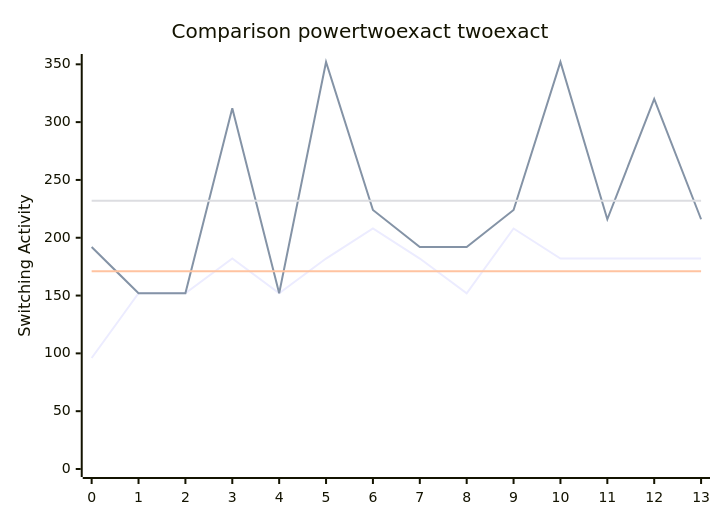
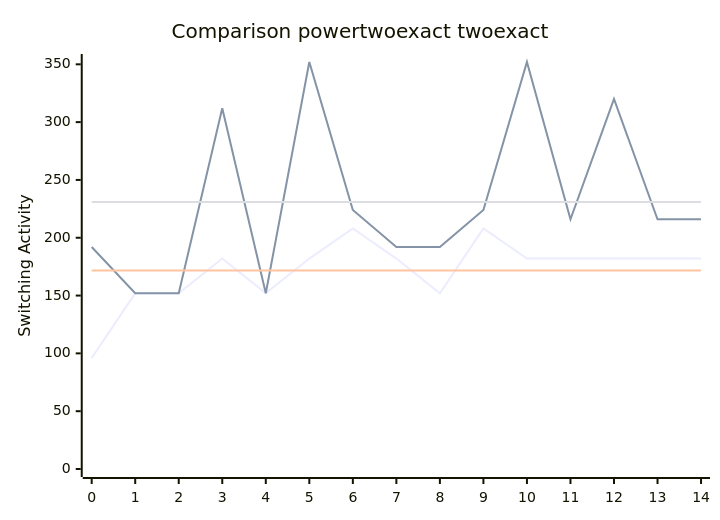
One commit to FeldmeierMichael/Exact-Power-Synthesis changed the diagram in benchmark.md. Above: the diagram before and after it, drawn with Mermaid. The commit also changed other lines of this file and 2 other files, not shown here.

````diff
--- a/benchmark.md
+++ b/benchmark.md
@@ -31,10 +33,10 @@
 ```mermaid
 xychart-beta
     title "Comparison powertwoexact twoexact"
-    x-axis [0, 1, 2, 3, 4, 5, 6, 7, 8, 9, 10, 11, 12, 13]
+    x-axis [0, 1, 2, 3, 4, 5, 6, 7, 8, 9, 10, 11, 12, 13, 14]
     y-axis "Switching Activity" 0-->352
-    line [96, 152, 152, 182, 152, 182, 208, 182, 152, 208, 182, 182, 182, 182]
-    line [192, 152, 152, 312, 152, 352, 224, 192, 192, 224, 352, 216, 320, 216]
-    line [171.0, 171.0, 171.0, 171.0, 171.0, 171.0, 171.0, 171.0, 171.0, 171.0, 171.0, 171.0, 171.0, 171.0]
-    line [232.0, 232.0, 232.0, 232.0, 232.0, 232.0, 232.0, 232.0, 232.0, 232.0, 232.0, 232.0, 232.0, 232.0]
+    line [96, 152, 152, 182, 152, 182, 208, 182, 152, 208, 182, 182, 182, 182, 182]
+    line [192, 152, 152, 312, 152, 352, 224, 192, 192, 224, 352, 216, 320, 216, 216]
+    line [171.73333333333332, 171.73333333333332, 171.73333333333332, 171.73333333333332, 171.73333333333332, 171.73333333333332, 171.73333333333332, 171.73333333333332, 171.73333333333332, 171.73333333333332, 171.73333333333332, 171.73333333333332, 171.73333333333332, 171.73333333333332, 171.73333333333332]
+    line [230.93333333333334, 230.93333333333334, 230.93333333333334, 230.93333333333334, 230.93333333333334, 230.93333333333334, 230.93333333333334, 230.93333333333334, 230.93333333333334, 230.93333333333334, 230.93333333333334, 230.93333333333334, 230.93333333333334, 230.93333333333334, 230.93333333333334]
 ```
````
